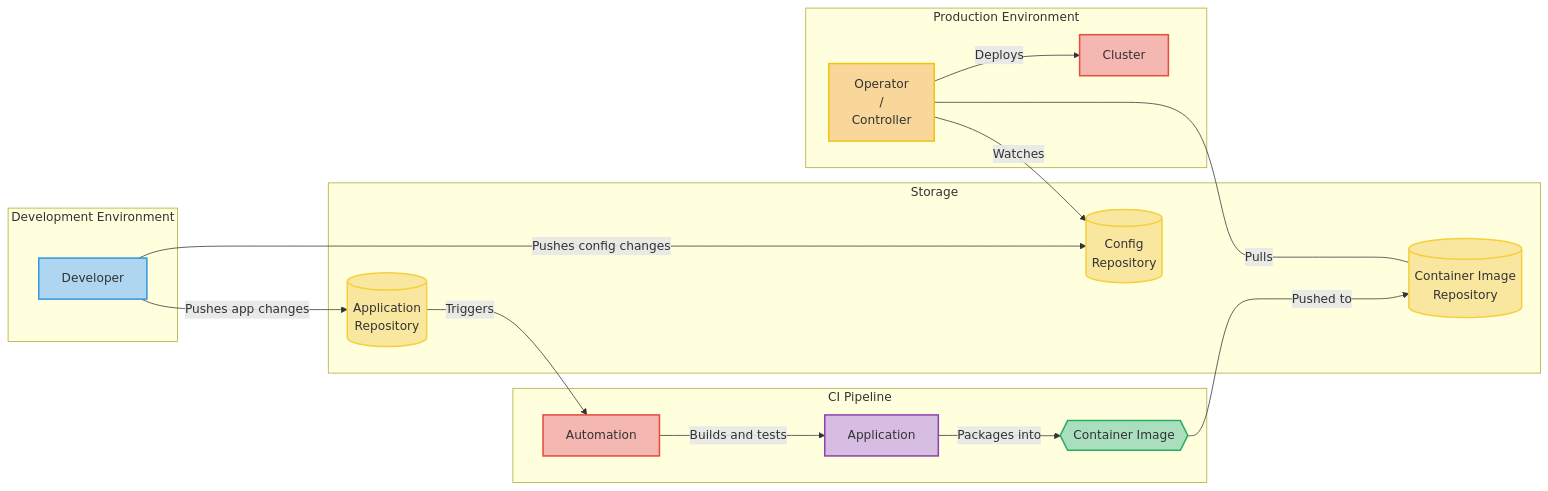
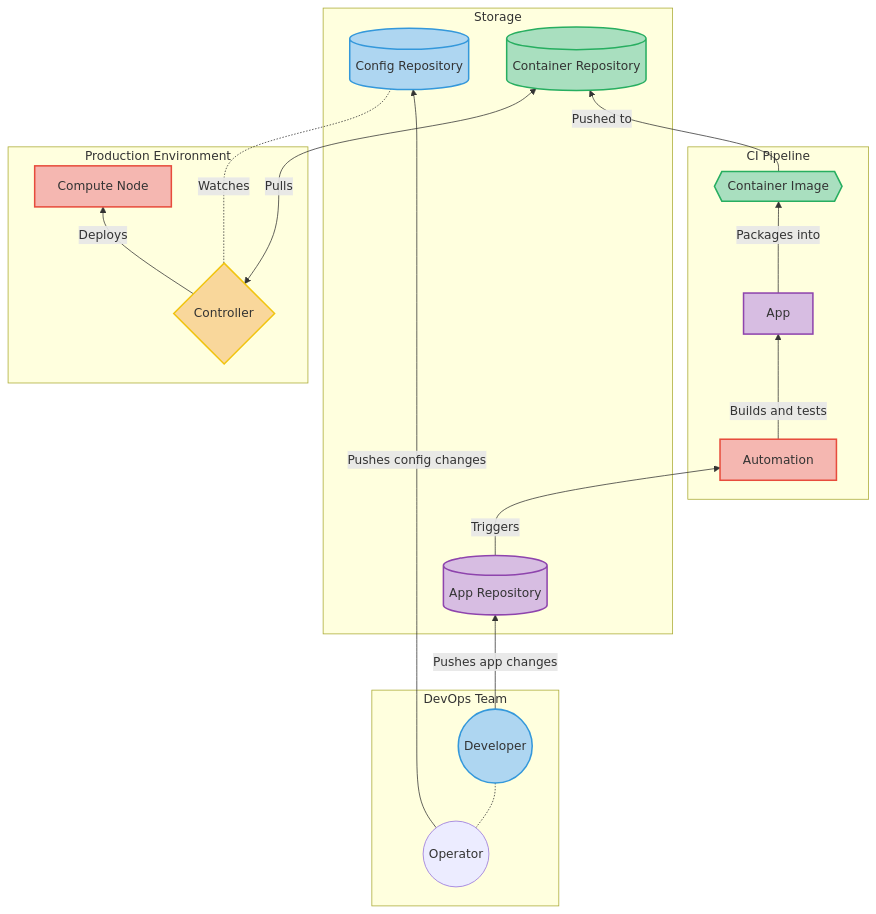
The diagram in _posts/2024-05-15-GitOps.md (janhalen/janhalen.github.io), drawn with Mermaid before and after one commit. The commit also changed other lines of this file, not shown here.

Commit message:
Added Op to Devops team

````diff
--- a/_posts/2024-05-15-GitOps.md
+++ b/_posts/2024-05-15-GitOps.md
@@ -4,40 +5,41 @@
 ```mermaid
-
-graph LR
-    style O fill:#f9d79b,stroke:#f1c40f,stroke-width:2px,color:#333
-    style D fill:#aed6f1,stroke:#3498db,stroke-width:2px,color:#333
-    style CI fill:#f5b7b1,stroke:#e74c3c,stroke-width:2px,color:#333
-    style A fill:#d7bde2,stroke:#8e44ad,stroke-width:2px,color:#333
-    style I fill:#a9dfbf,stroke:#27ae60,stroke-width:2px,color:#333
-    style GA fill:#f9e79f,stroke:#f4d03f,stroke-width:2px,color:#333
-    style GC fill:#f9e79f,stroke:#f4d03f,stroke-width:2px,color:#333
-    style R fill:#f9e79f,stroke:#f4d03f,stroke-width:2px,color:#333
-    style K fill:#f5b7b1,stroke:#e74c3c,stroke-width:2px,color:#333
-
+graph BT
+style O fill:#f9d79b,stroke:#f1c40f,stroke-width:2px,color:#333
+style D fill:#aed6f1,stroke:#3498db,stroke-width:2px,color:#333
+style CI fill:#f5b7b1,stroke:#e74c3c,stroke-width:2px,color:#333
+style A fill:#d7bde2,stroke:#8e44ad,stroke-width:2px,color:#333
+style I fill:#a9dfbf,stroke:#27ae60,stroke-width:2px,color:#333
+style AR fill:#d7bde2,stroke:#8e44ad,stroke-width:2px,color:#333
+style CR fill:#aed6f1,stroke:#3498db,stroke-width:2px,color:#333
+style R fill:#a9dfbf,stroke:#27ae60,stroke-width:2px,color:#333
+style K fill:#f5b7b1,stroke:#e74c3c,stroke-width:2px,color:#333
+ 
     subgraph "Production Environment"
-       O -->|Deploys| K[Cluster]
+        O{Controller} 
+        K[Compute Node]
     end
 
-    subgraph "Development Environment"
-        D[Developer]
+    subgraph "DevOps Team"
+        OP((Operator))-.-D((Developer))
     end
 
     subgraph "CI Pipeline"
-        CI -->|Builds and tests| A[Application]
+        CI -->|Builds and tests| A[App]
         A -->|Packages into| I
     end
 
     subgraph "Storage"
-        GA[(Application \n Repository)]
-        GC[(Config \n Repository)]
-        R[(Container Image \n  Repository)]
+        AR[(App Repository)]
+        CR[(Config Repository)]
+        R[(Container Repository)]
     end
 
-O ------|Pulls| R
-GA -->|Triggers| CI[Automation]
+O -..- |Watches |CR
+O{Controller} -->|Deploys| K
+O<--->|Pulls|R
 
-I{{Container Image}} ---->|Pushed to| R
-D[Developer] -->|Pushes app changes| GA
-D -->|Pushes config changes| GC
-O[Operator \n / \n Controller] -->|Watches| GC
+AR -->|Triggers| CI[Automation]
+I{{Container Image}} -->|Pushed to| R
+D -->|Pushes app changes| AR
+OP -->|Pushes config changes| CR
 ```
````
